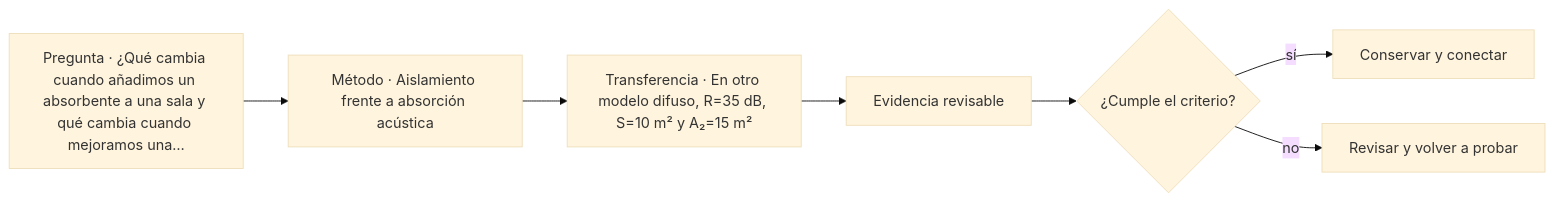
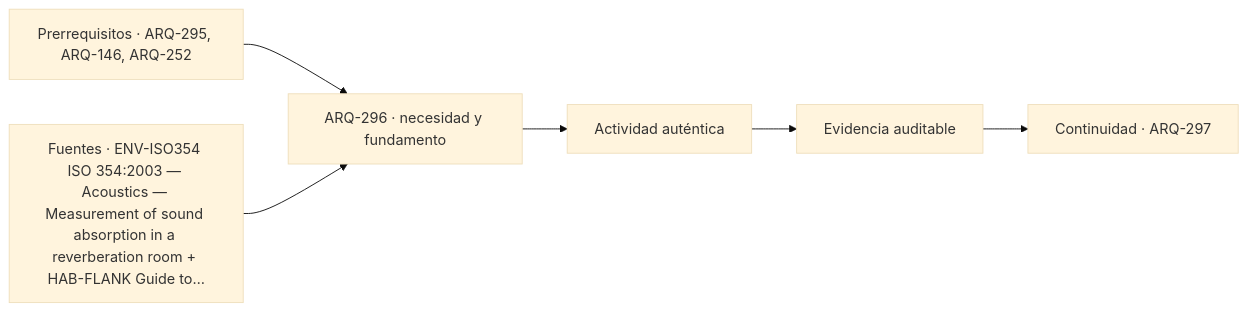
Before and after one commit to vladimiracunadev-create/architecture-built-environment-learning-program: the diagram in classes/parte-30/ARQ-296.md, drawn with Mermaid (base theme). The commit also changed other lines of this file and 761 other files, not shown here.

````diff
--- a/classes/parte-30/ARQ-296.md
+++ b/classes/parte-30/ARQ-296.md
@@ -107,9 +119,8 @@
 ```mermaid
 flowchart LR
-    Q["Pregunta · ¿Qué cambia cuando añadimos un absorbente a una sala y qué cambia cuando mejoramos una…"] --> M["Método · Aislamiento frente a absorción acústica"]
-    M --> P["Transferencia · En otro modelo difuso, R=35 dB, S=10 m² y A₂=15 m²"]
-    P --> E["Evidencia revisable"]
-    E --> C{"¿Cumple el criterio?"}
-    C -->|sí| T["Conservar y conectar"]
-    C -->|no| R["Revisar y volver a probar"]
+    A["Prerrequisitos · ARQ-295, ARQ-146, ARQ-252"] --> B["ARQ-296 · necesidad y fundamento"]
+    S["Fuentes · ENV-ISO354 ISO 354:2003 — Acoustics — Measurement of sound absorption in a reverberation room + HAB-FLANK Guide to…"] --> B
+    B --> C["Actividad auténtica"]
+    C --> D["Evidencia auditable"]
+    D --> E["Continuidad · ARQ-297"]
 ```
````
